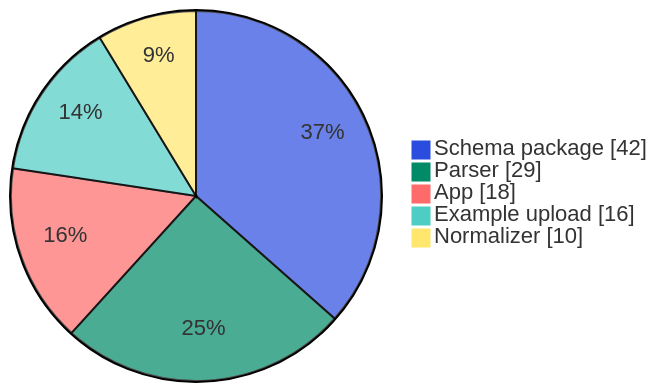
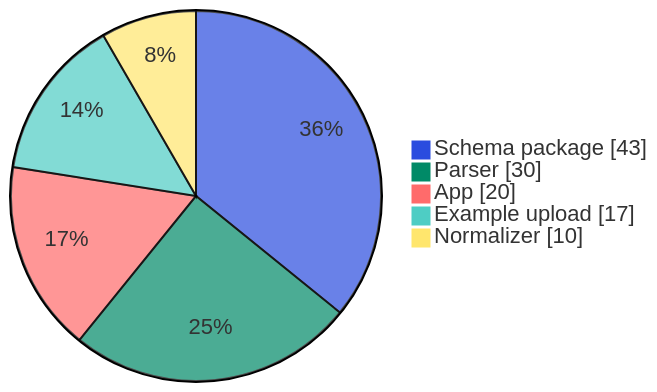
The diagram in docs/examples/plugin_registry.md (FAIRmat-NFDI/nomad-docs), drawn with Mermaid before and after one commit. The commit also changed other lines of this file and 1 other file, not shown here.

````diff
--- a/docs/examples/plugin_registry.md
+++ b/docs/examples/plugin_registry.md
@@ -21,9 +21,9 @@
 ```mermaid
 %%{init: {'theme':'base', 'themeVariables': { 'pie1':'#2A4CDF', 'pie2':'#008A67', 'pie3':'#FF6B6B', 'pie4':'#4ECDC4', 'pie5':'#FFE66D', 'pie6':'#A8E6CF', 'pieTitleTextSize': '22px', 'pieSectionTextSize': '22px', 'pieLegendTextSize': '22px'}, 'themeCSS': '.pieCircle { font-size: 22px; font-weight: bold; } .legend text { font-size: 22px; font-weight: bold; margin-left: 8px; } .legend rect { margin-right: 8px; } .slice text { font-size: 22px; font-weight: bold; transform: translate(-15%, -15%); } text.percent { font-size: 22px; font-weight: bold; }' }}%%
 pie showData
-    "Schema package" : 42
-    "Parser" : 29
-    "App" : 18
-    "Example upload" : 16
+    "Schema package" : 43
+    "Parser" : 30
+    "App" : 20
+    "Example upload" : 17
     "Normalizer" : 10
 ```
````
